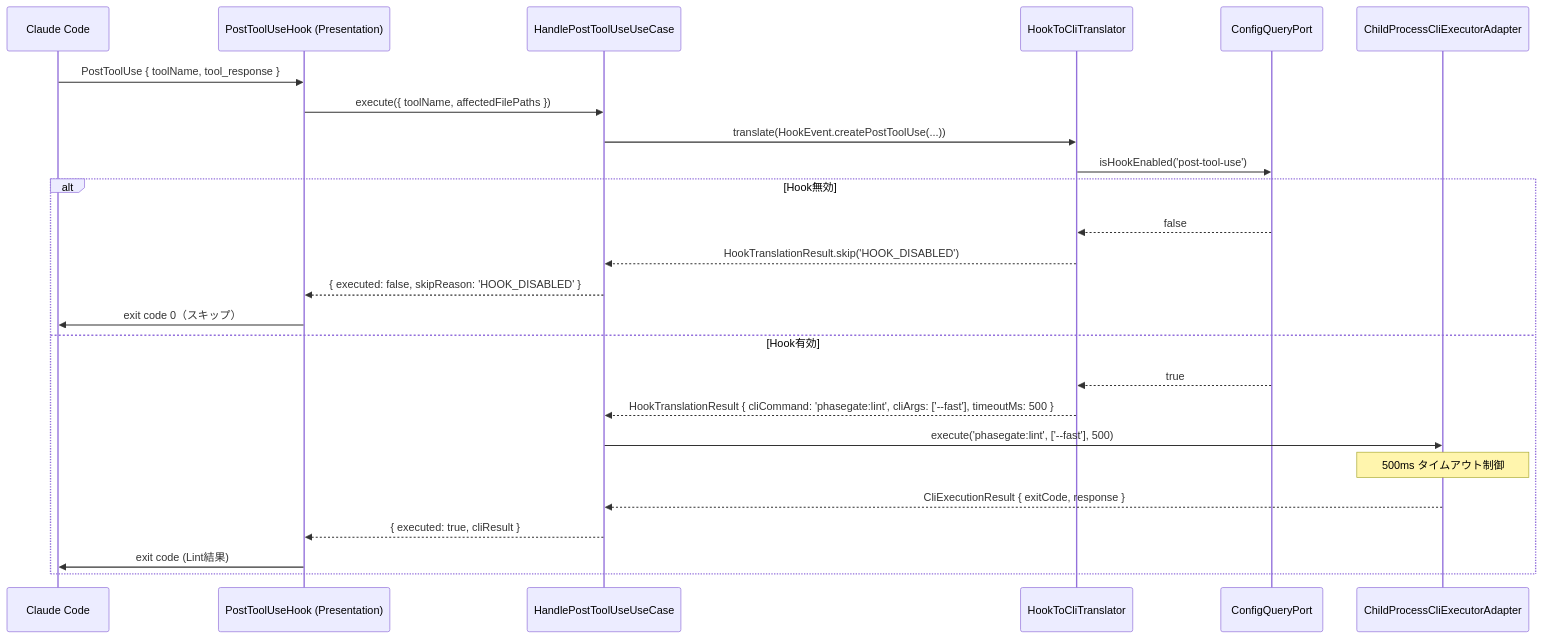
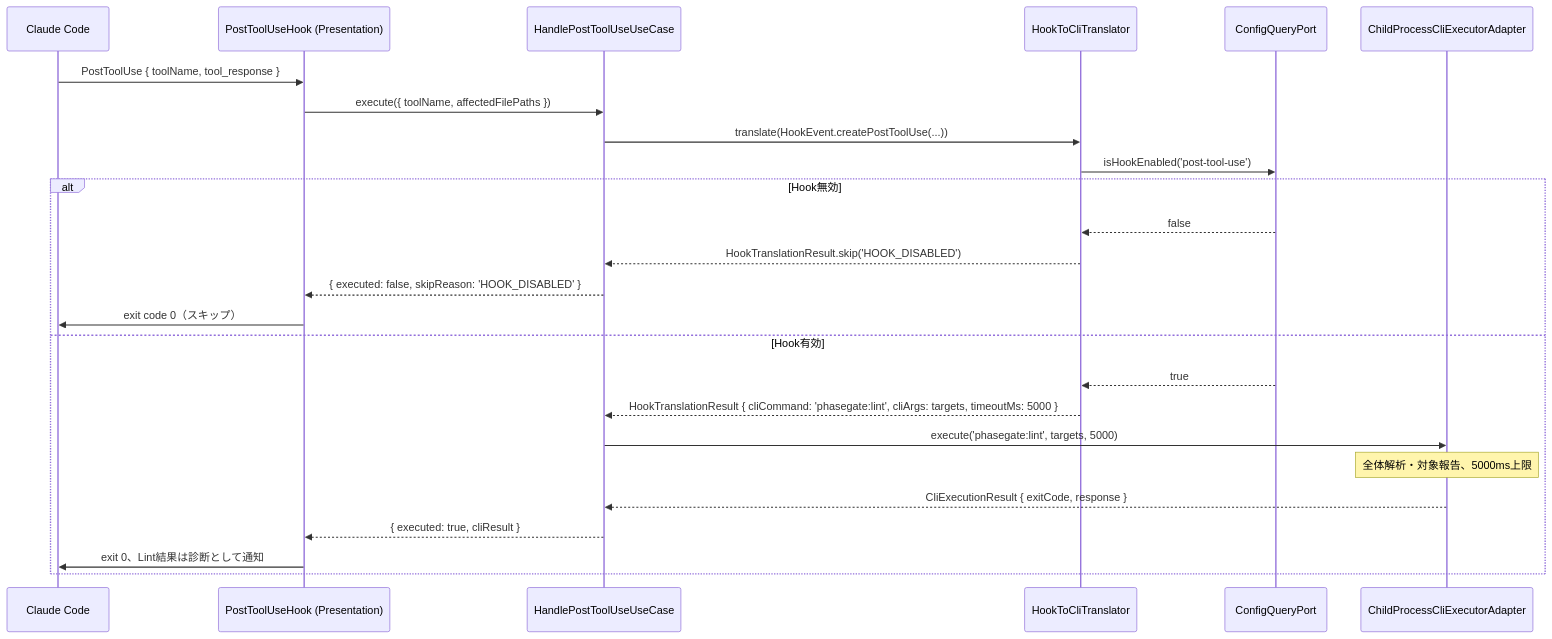
The third of 5 diagrams in docs/product/construction/agent-integration/logical_design.md (junpei-9898/phasegate), drawn with Mermaid before and after one commit. The commit also changed other lines of this file and 169 other files, not shown here.

````diff
--- a/docs/product/construction/agent-integration/logical_design.md
+++ b/docs/product/construction/agent-integration/logical_design.md
@@ -1318,28 +1374,28 @@
 ```mermaid
 sequenceDiagram
     participant CC as Claude Code
     participant POT as PostToolUseHook (Presentation)
     participant UC as HandlePostToolUseUseCase
     participant TR as HookToCliTranslator
     participant CQ as ConfigQueryPort
     participant CLI as ChildProcessCliExecutorAdapter
 
     CC->>POT: PostToolUse { toolName, tool_response }
     POT->>UC: execute({ toolName, affectedFilePaths })
     UC->>TR: translate(HookEvent.createPostToolUse(...))
     TR->>CQ: isHookEnabled('post-tool-use')
     alt Hook無効
         CQ-->>TR: false
         TR-->>UC: HookTranslationResult.skip('HOOK_DISABLED')
         UC-->>POT: { executed: false, skipReason: 'HOOK_DISABLED' }
         POT->>CC: exit code 0（スキップ）
     else Hook有効
         CQ-->>TR: true
-        TR-->>UC: HookTranslationResult { cliCommand: 'phasegate:lint', cliArgs: ['--fast'], timeoutMs: 500 }
-        UC->>CLI: execute('phasegate:lint', ['--fast'], 500)
-        note over CLI: 500ms タイムアウト制御
+        TR-->>UC: HookTranslationResult { cliCommand: 'phasegate:lint', cliArgs: targets, timeoutMs: 5000 }
+        UC->>CLI: execute('phasegate:lint', targets, 5000)
+        note over CLI: 全体解析・対象報告、5000ms上限
         CLI-->>UC: CliExecutionResult { exitCode, response }
         UC-->>POT: { executed: true, cliResult }
-        POT->>CC: exit code (Lint結果)
+        POT->>CC: exit 0、Lint結果は診断として通知
     end
 ```
````
